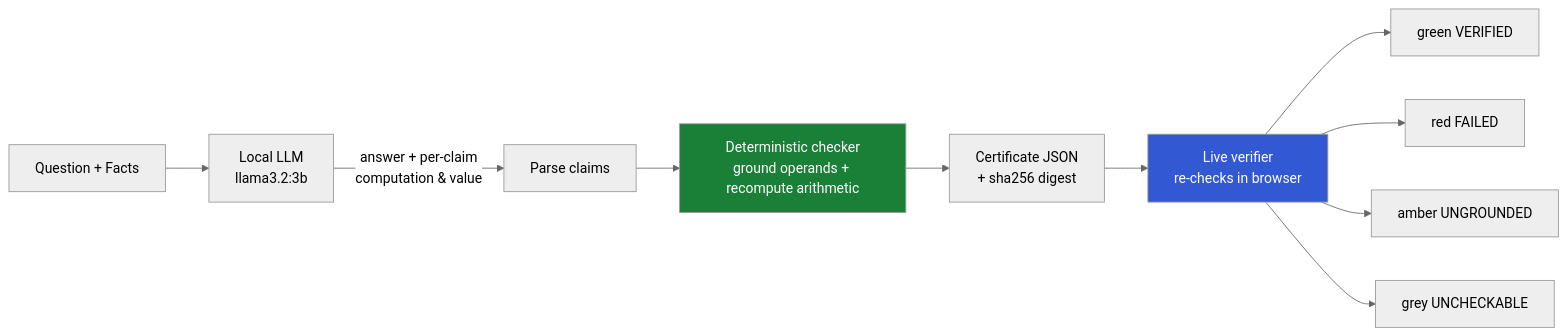
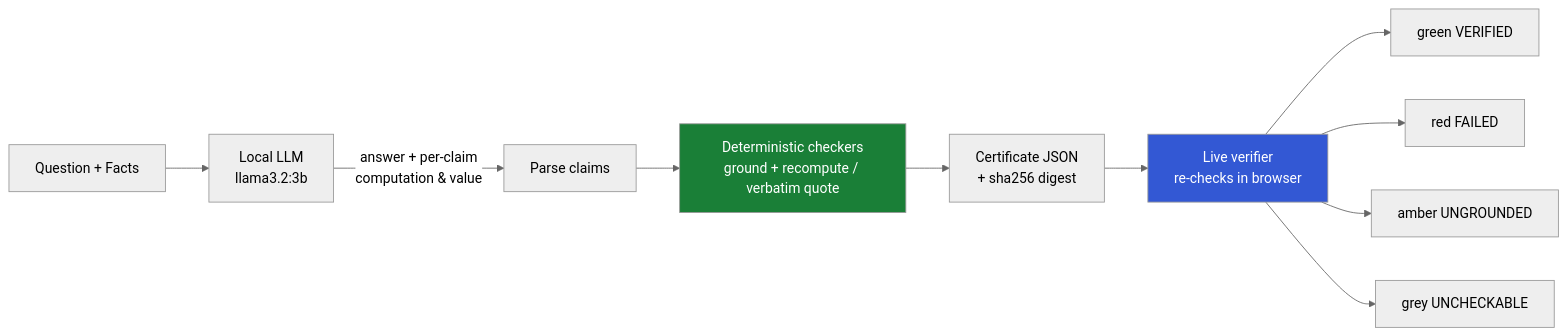
The diagram in README.md (MonongahelaHellbender/proof-carrying-ai), drawn with Mermaid (neutral theme) before and after one commit. The commit also changed other lines of this file and 1 other file, not shown here.

````diff
--- a/README.md
+++ b/README.md
@@ -14,14 +39,14 @@
 ```mermaid
 flowchart LR
     Q[Question + Facts] --> M[Local LLM<br/>llama3.2:3b]
     M -->|answer + per-claim<br/>computation & value| P[Parse claims]
-    P --> C[Deterministic checker<br/>ground operands + recompute arithmetic]
+    P --> C[Deterministic checkers<br/>ground + recompute / verbatim quote]
     C --> CERT[Certificate JSON<br/>+ sha256 digest]
     CERT --> V[Live verifier<br/>re-checks in browser]
     V --> G[green VERIFIED]
     V --> R[red FAILED]
     V --> A[amber UNGROUNDED]
     V --> Y[grey UNCHECKABLE]
     style C fill:#1a7f37,color:#fff
     style V fill:#3358d4,color:#fff
 ```
````
